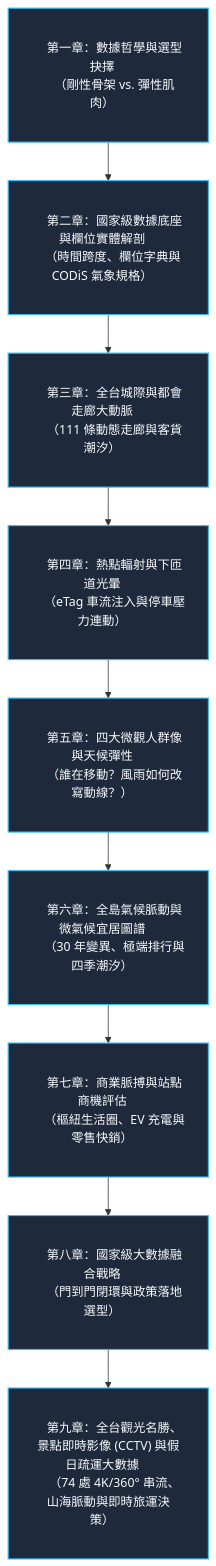
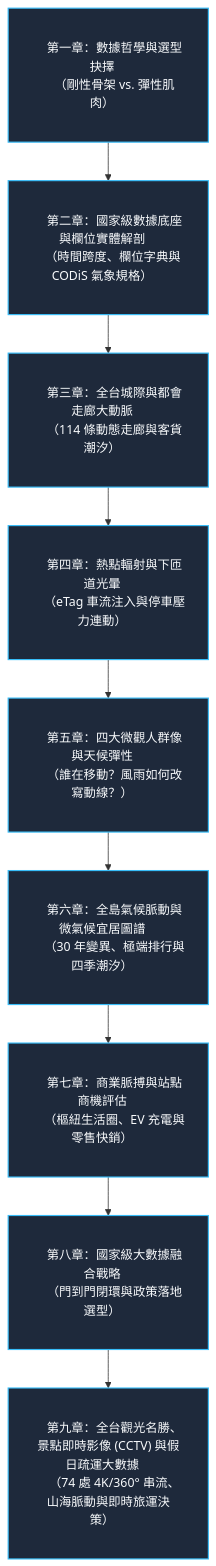
Before and after one commit to tobytoy/taiwan-mobility-pulse: the diagram in docs/README.md, drawn with Mermaid. The commit also changed other lines of this file and 42 other files, not shown here.

````diff
--- a/docs/README.md
+++ b/docs/README.md
@@ -29,13 +29,13 @@
 ```mermaid
 flowchart TD
     classDef default fill:#1e293b,stroke:#38bdf8,stroke-width:1.5px,color:#f8fafc,padding:16px 50px;
 
     C1["&emsp;第一章：數據哲學與選型抉擇&emsp;<br/>&emsp;（剛性骨架 vs. 彈性肌肉）&emsp;"] --> C2["&emsp;第二章：國家級數據底座與欄位實體解剖&emsp;<br/>&emsp;（時間跨度、欄位字典與 CODiS 氣象規格）&emsp;"]
-    C2 --> C3["&emsp;第三章：全台城際與都會走廊大動脈&emsp;<br/>&emsp;（111 條動態走廊與客貨潮汐）&emsp;"]
+    C2 --> C3["&emsp;第三章：全台城際與都會走廊大動脈&emsp;<br/>&emsp;（114 條動態走廊與客貨潮汐）&emsp;"]
     C3 --> C4["&emsp;第四章：熱點輻射與下匝道光暈&emsp;<br/>&emsp;（eTag 車流注入與停車壓力連動）&emsp;"]
     C4 --> C5["&emsp;第五章：四大微觀人群像與天候彈性&emsp;<br/>&emsp;（誰在移動？風雨如何改寫動線？）&emsp;"]
     C5 --> C6["&emsp;第六章：全島氣候脈動與微氣候宜居圖譜&emsp;<br/>&emsp;（30 年變異、極端排行與四季潮汐）&emsp;"]
     C6 --> C7["&emsp;第七章：商業脈搏與站點商機評估&emsp;<br/>&emsp;（樞紐生活圈、EV 充電與零售快銷）&emsp;"]
     C7 --> C8["&emsp;第八章：國家級大數據融合戰略&emsp;<br/>&emsp;（門到門閉環與政策落地選型）&emsp;"]
     C8 --> C9["&emsp;第九章：全台觀光名勝、景點即時影像 (CCTV) 與假日疏運大數據&emsp;<br/>&emsp;（74 處 4K/360° 串流、山海脈動與即時旅運決策）&emsp;"]
 ```
````
